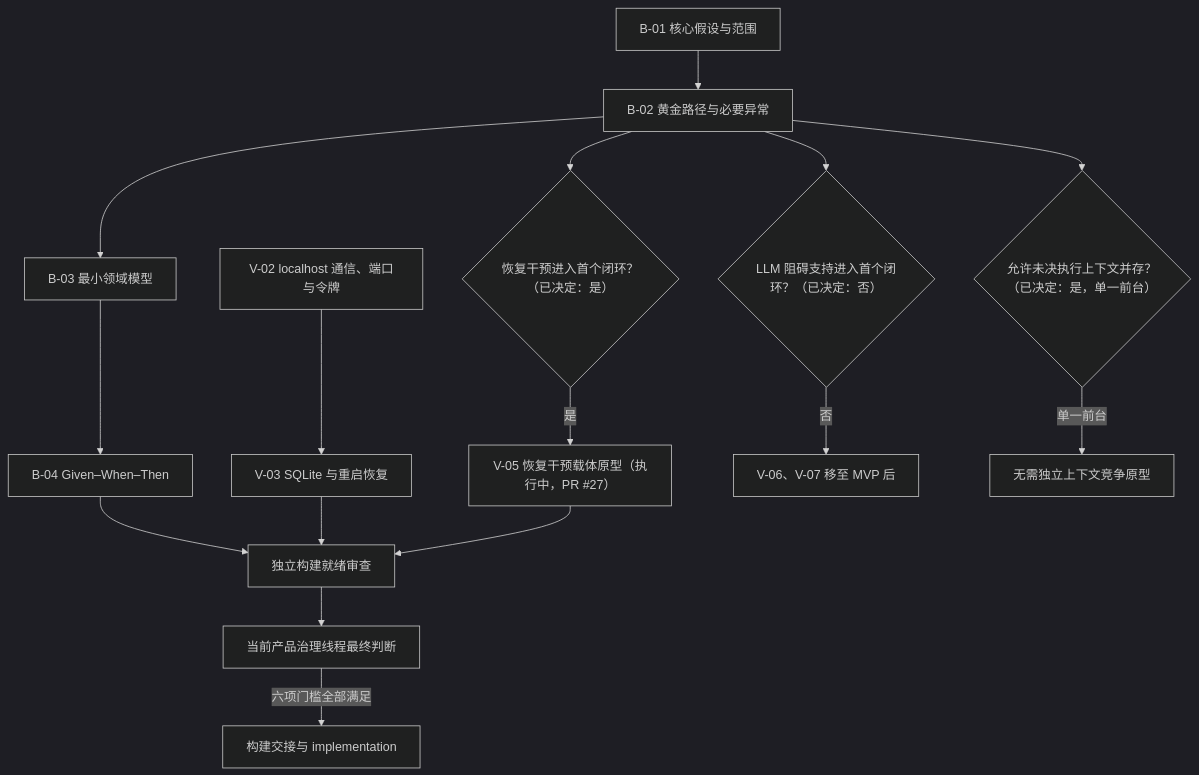
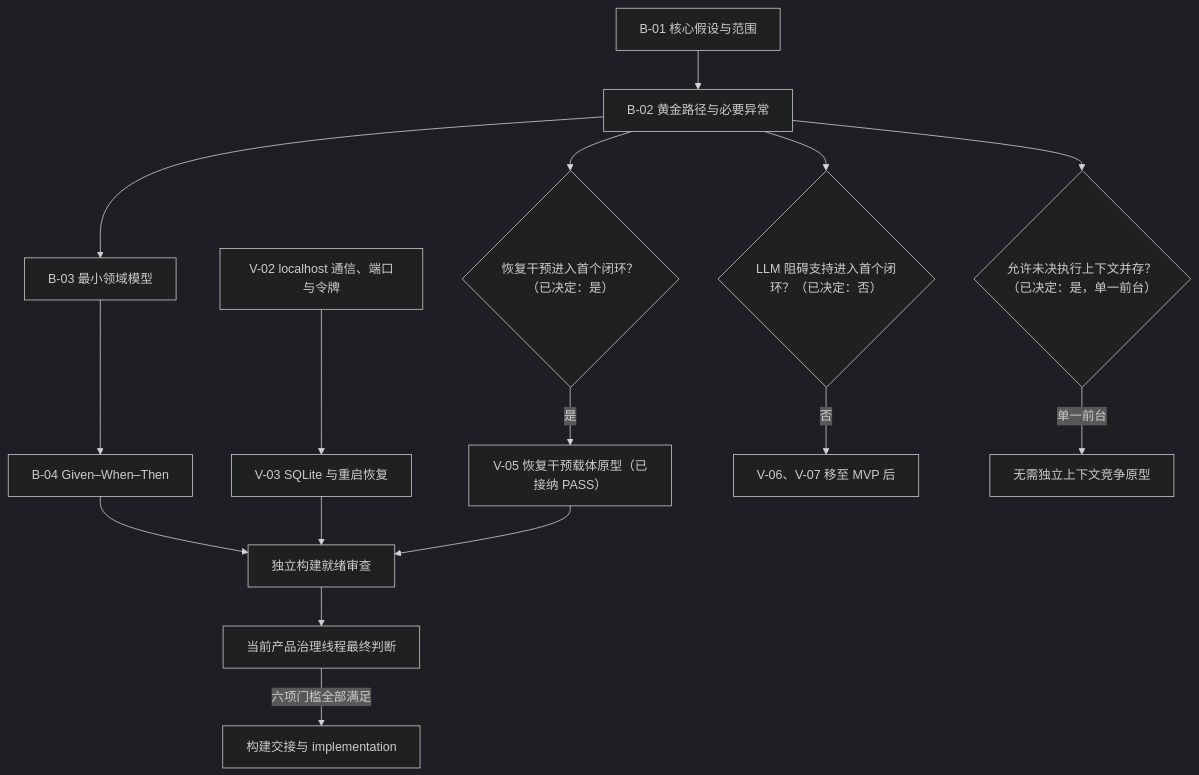
The diagram in docs/product/mvp-session-orchestration.md (Annzival/ADHD-Support-System), drawn with Mermaid (dark theme) before and after one commit. The commit also changed other lines of this file and 2 other files, not shown here.

Commit message:
docs: 修正 PR #26 审查发现

````diff
--- a/docs/product/mvp-session-orchestration.md
+++ b/docs/product/mvp-session-orchestration.md
@@ -33,20 +33,20 @@
 ```mermaid
 flowchart TD
     B01["B-01 核心假设与范围"] --> B02["B-02 黄金路径与必要异常"]
     B02 --> B03["B-03 最小领域模型"]
     B03 --> B04["B-04 Given–When–Then"]
 
     V02["V-02 localhost 通信、端口与令牌"] --> V03["V-03 SQLite 与重启恢复"]
     B02 --> C1{"恢复干预进入首个闭环？（已决定：是）"}
     B02 --> C2{"LLM 阻碍支持进入首个闭环？（已决定：否）"}
     B02 --> C3{"允许未决执行上下文并存？（已决定：是，单一前台）"}
-    C1 -->|是| V05["V-05 恢复干预载体原型（执行中，PR #27）"]
+    C1 -->|是| V05["V-05 恢复干预载体原型（已接纳 PASS）"]
     C2 -->|否| P2["V-06、V-07 移至 MVP 后"]
     C3 -->|单一前台| P3["无需独立上下文竞争原型"]
 
     B04 --> A["独立构建就绪审查"]
     V03 --> A
     V05 --> A
     A --> G["当前产品治理线程最终判断"]
     G -->|六项门槛全部满足| I["构建交接与 implementation"]
 ```
````
